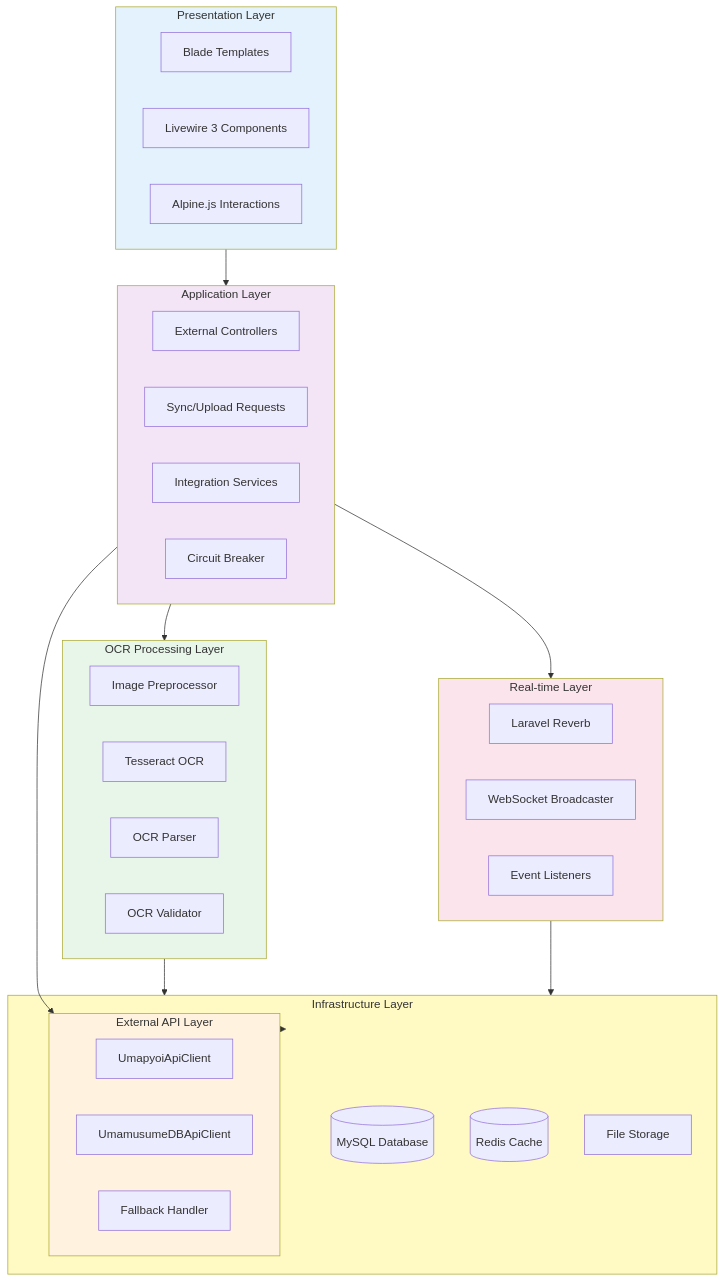
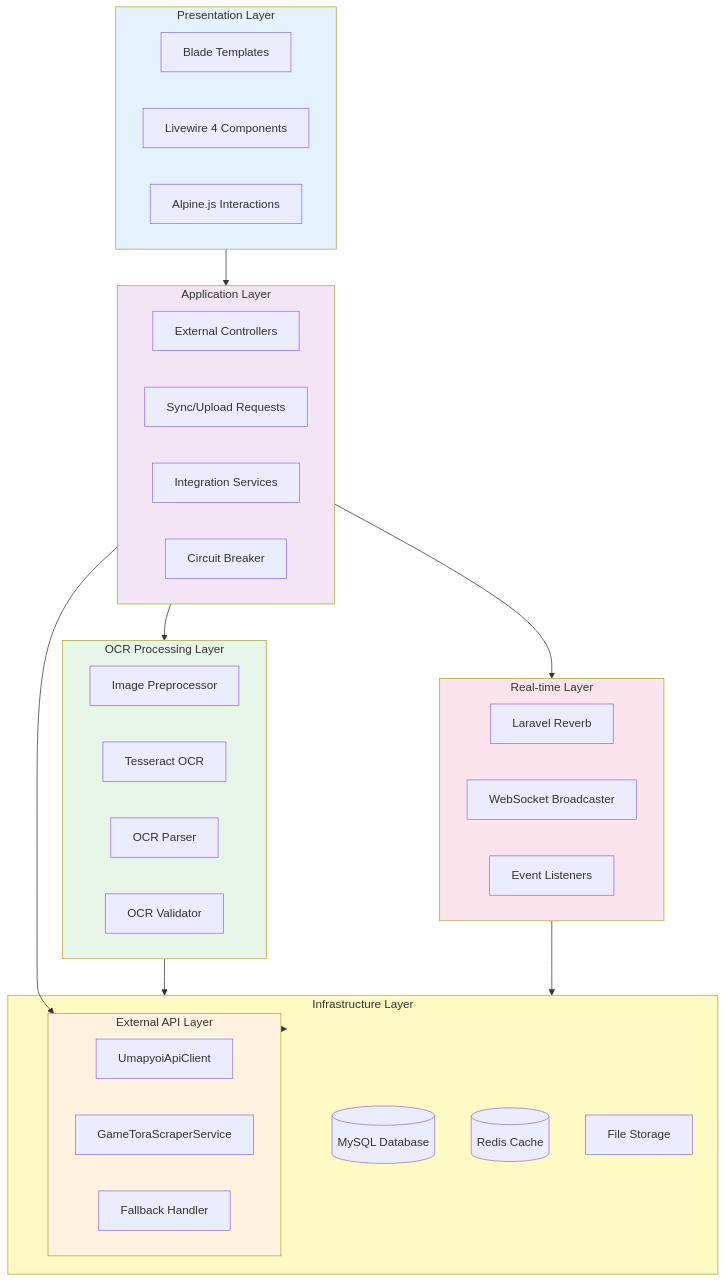
One commit to exatfrds67/umamusume-career-planner changed the first of 9 diagrams in docs/01-tech-flow/TECH-FLOW-007_External_Integration_Flow.md. Above: the diagram before and after it, drawn with Mermaid. The commit also changed other lines of this file and 111 other files, not shown here.

````diff
--- a/docs/01-tech-flow/TECH-FLOW-007_External_Integration_Flow.md
+++ b/docs/01-tech-flow/TECH-FLOW-007_External_Integration_Flow.md
@@ -47,56 +47,56 @@
 ```mermaid
 flowchart TB
     subgraph Presentation["Presentation Layer"]
         Blade["Blade Templates"]
-        Livewire["Livewire 3 Components"]
+        Livewire["Livewire 4 Components"]
         Alpine["Alpine.js Interactions"]
     end
     
     subgraph Application["Application Layer"]
         Controllers["External Controllers"]
         FormRequests["Sync/Upload Requests"]
         Services["Integration Services"]
         CircuitBreaker["Circuit Breaker"]
     end
     
     subgraph ExternalAPIs["External API Layer"]
         UmapyoiClient["UmapyoiApiClient"]
-        UmamusumeDBClient["UmamusumeDBApiClient"]
+        GameToraClient["GameToraScraperService"]
         FallbackHandler["Fallback Handler"]
     end
     
     subgraph OCRPipeline["OCR Processing Layer"]
         ImagePreprocessor["Image Preprocessor"]
         TesseractEngine["Tesseract OCR"]
         DataParser["OCR Parser"]
         Validator["OCR Validator"]
     end
     
     subgraph RealtimeLayer["Real-time Layer"]
         Reverb["Laravel Reverb"]
         WebSocketBroadcaster["WebSocket Broadcaster"]
         EventListeners["Event Listeners"]
     end
     
     subgraph Infrastructure["Infrastructure Layer"]
         MySQL[("MySQL Database")]
         Redis[("Redis Cache")]
         FileStorage["File Storage"]
         ExternalAPIs["External APIs"]
     end
     
     Presentation --> Application
     Application --> ExternalAPIs
     Application --> OCRPipeline
     Application --> RealtimeLayer
     ExternalAPIs --> Infrastructure
     OCRPipeline --> Infrastructure
     RealtimeLayer --> Infrastructure
     
     style Presentation fill:#e3f2fd
     style Application fill:#f3e5f5
     style ExternalAPIs fill:#fff3e0
     style OCRPipeline fill:#e8f5e9
     style RealtimeLayer fill:#fce4ec
     style Infrastructure fill:#fff9c4
 ```
````
